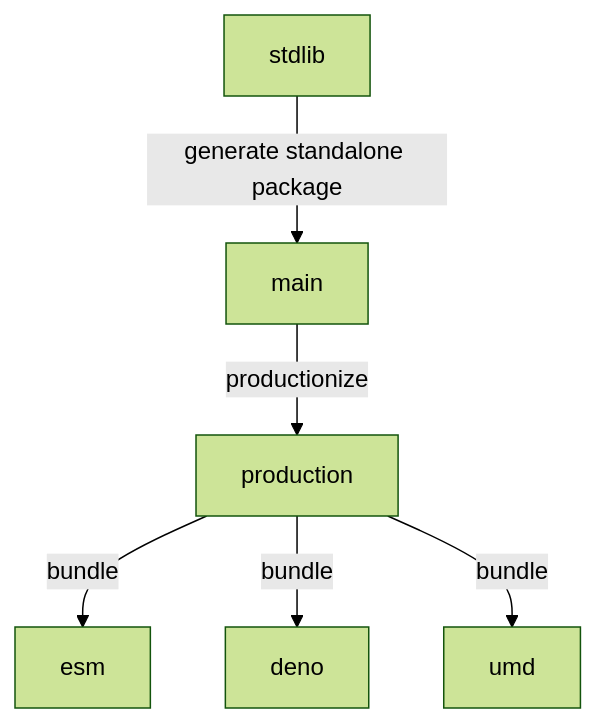
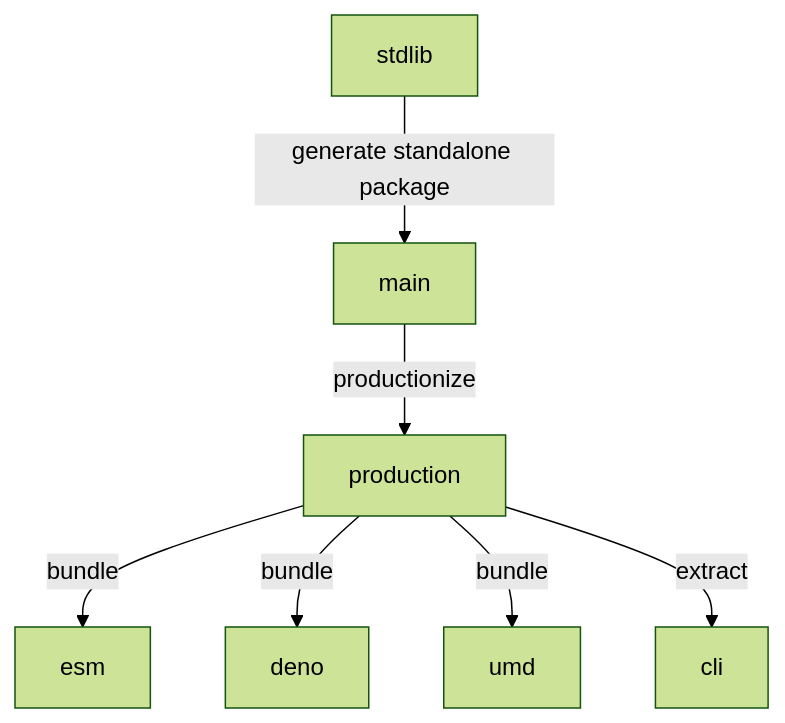
One commit to stdlib-js/assert-has-uint32array-support changed the diagram in branches.md. Above: the diagram before and after it, drawn with Mermaid (forest theme). The commit also changed other lines of this file and 8 other files, not shown here.

````diff
--- a/branches.md
+++ b/branches.md
@@ -33,15 +34,17 @@
 ```mermaid
 graph TD;
 A[stdlib]-->|generate standalone package|B;
 B[main] -->|productionize| C[production];
 C -->|bundle| D[esm];
 C -->|bundle| E[deno];
 C -->|bundle| F[umd];
+C -->|extract| G[cli];
 
-click A href "https://github.com/stdlib-js/stdlib/tree/develop/lib/node_modules/%40stdlib/assert/has-uint32array-support"
-click B href "https://github.com/stdlib-js/assert-has-uint32array-support/tree/main"
-click C href "https://github.com/stdlib-js/assert-has-uint32array-support/tree/production"
-click D href "https://github.com/stdlib-js/assert-has-uint32array-support/tree/esm"
-click E href "https://github.com/stdlib-js/assert-has-uint32array-support/tree/deno"
-click F href "https://github.com/stdlib-js/assert-has-uint32array-support/tree/umd"
+%% click A href "https://github.com/stdlib-js/stdlib/tree/develop/lib/node_modules/%40stdlib/assert/has-uint32array-support"
+%% click B href "https://github.com/stdlib-js/assert-has-uint32array-support/tree/main"
+%% click C href "https://github.com/stdlib-js/assert-has-uint32array-support/tree/production"
+%% click D href "https://github.com/stdlib-js/assert-has-uint32array-support/tree/esm"
+%% click E href "https://github.com/stdlib-js/assert-has-uint32array-support/tree/deno"
+%% click F href "https://github.com/stdlib-js/assert-has-uint32array-support/tree/umd"
+%% click G href "https://github.com/stdlib-js/assert-has-uint32array-support/tree/cli"
 ```
````
